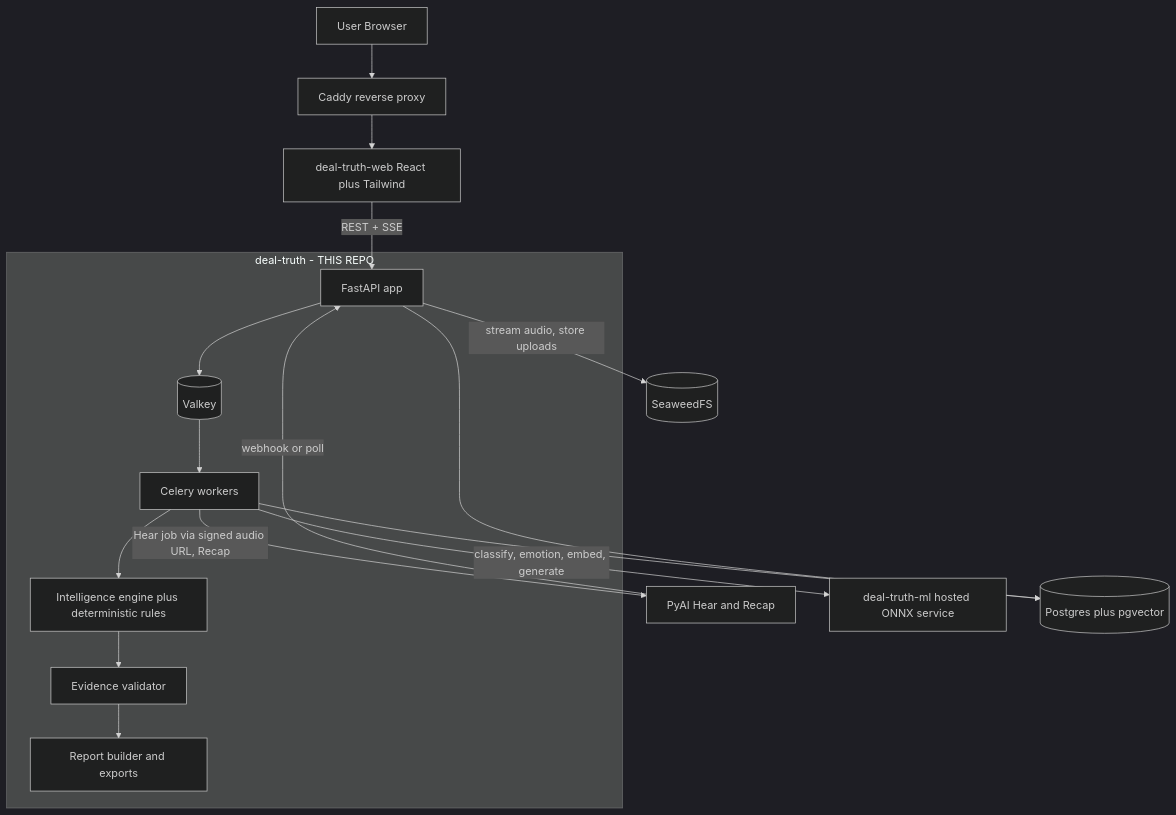
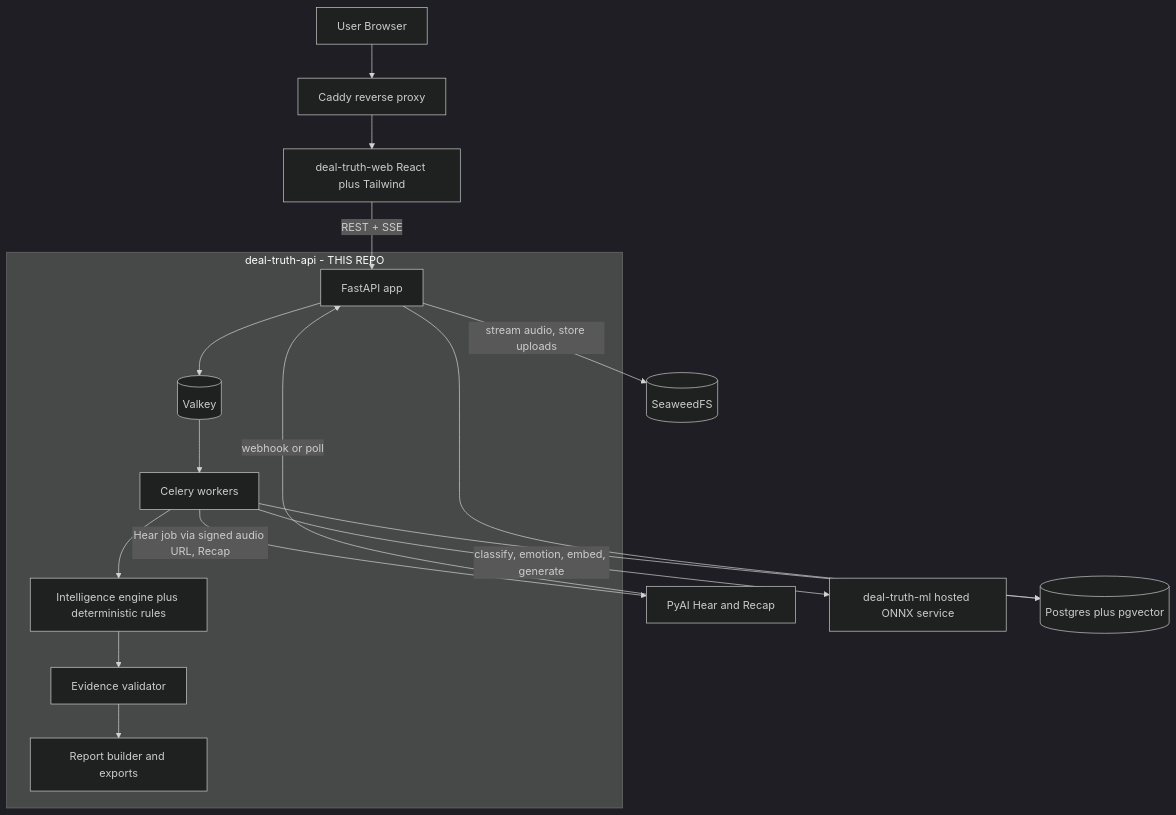
The first of 3 diagrams in docs/ARCHITECTURE.md (debjyoti-pandit/deal-truth-api), drawn with Mermaid (dark theme) before and after one commit. The commit also changed other lines of this file and 14 other files, not shown here.

Commit message:
chore: call this repo Deal Truth API () in docs and package identity 🏷️

````diff
--- a/docs/ARCHITECTURE.md
+++ b/docs/ARCHITECTURE.md
@@ -81,21 +83,21 @@
 ```mermaid
 flowchart TD
     Browser[User Browser] --> Caddy[Caddy reverse proxy]
     Caddy --> UI[deal-truth-web React plus Tailwind]
     UI -->|"REST + SSE"| API
 
-    subgraph apiRepo [deal-truth - THIS REPO]
+    subgraph apiRepo [deal-truth-api - THIS REPO]
         API[FastAPI app] --> Valkey[(Valkey)]
         Valkey --> Worker[Celery workers]
         Worker --> Intel[Intelligence engine plus deterministic rules]
         Intel --> Validator[Evidence validator]
         Validator --> Report[Report builder and exports]
     end
 
     API -->|"stream audio, store uploads"| Seaweed[(SeaweedFS)]
     Worker -->|"Hear job via signed audio URL, Recap"| PyAI[PyAI Hear and Recap]
     PyAI -->|"webhook or poll"| API
     Worker -->|"classify, emotion, embed, generate"| ML[deal-truth-ml hosted ONNX service]
     Worker --> PG[(Postgres plus pgvector)]
     API --> PG
 ```
````
